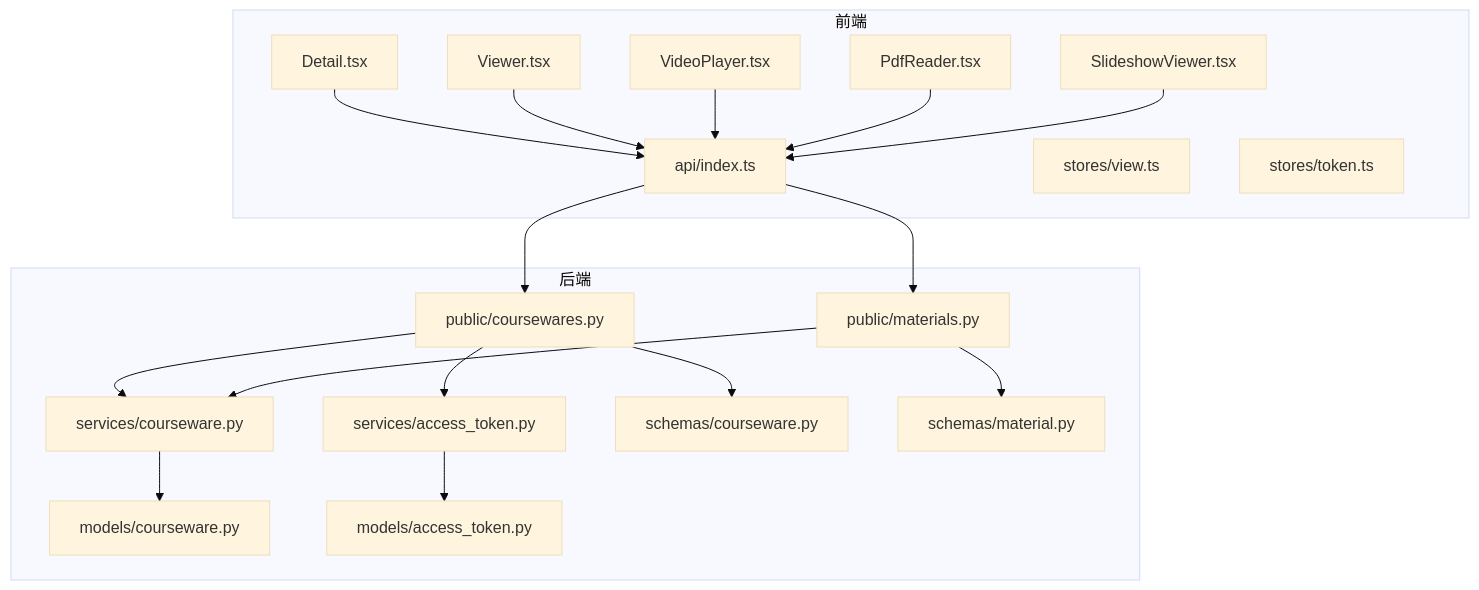
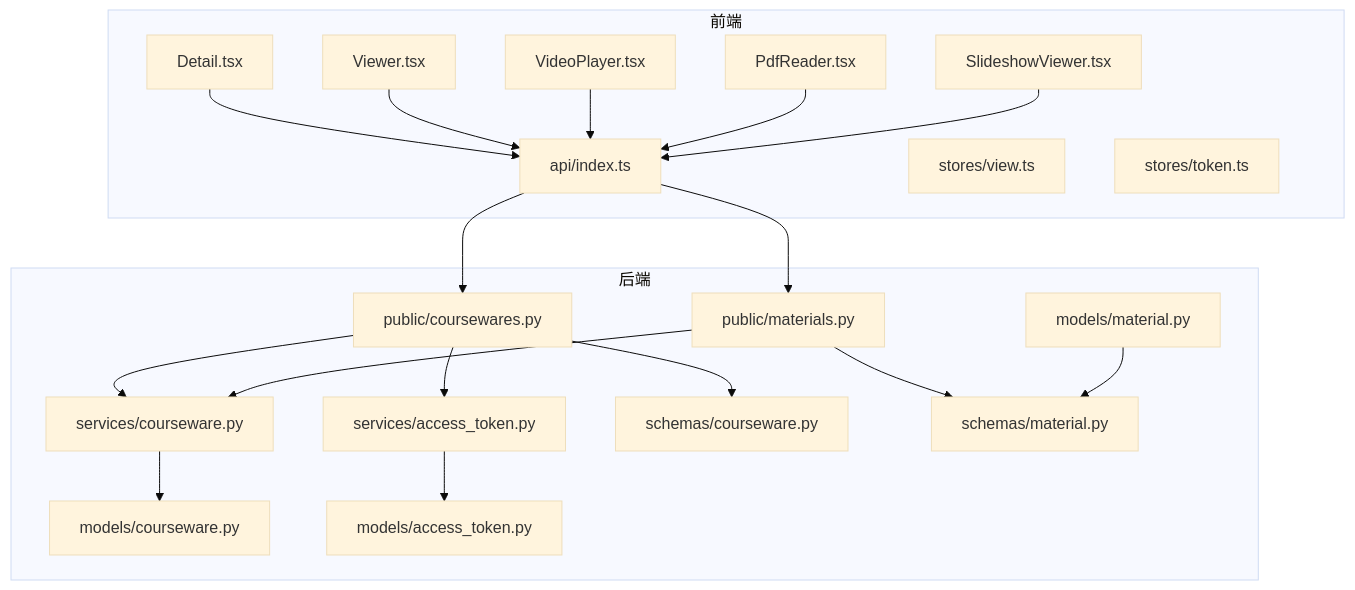
One commit to leo21cn/ai-learning-hub changed the first of 6 diagrams in .qoder/repowiki/zh/content/前端开发指南/页面开发/前台页面开发/课件详情页面.md. Above: the diagram before and after it, drawn with Mermaid (base theme). The commit also changed other lines of this file and 41 other files, not shown here.

````diff
--- a/.qoder/repowiki/zh/content/前端开发指南/页面开发/前台页面开发/课件详情页面.md
+++ b/.qoder/repowiki/zh/content/前端开发指南/页面开发/前台页面开发/课件详情页面.md
@@ -60,37 +69,39 @@
 ```mermaid
 graph TB
 subgraph "前端"
 D["Detail.tsx"]
 V["Viewer.tsx"]
 VP["VideoPlayer.tsx"]
 PR["PdfReader.tsx"]
 SV["SlideshowViewer.tsx"]
 API["api/index.ts"]
 VIEW["stores/view.ts"]
 TOK["stores/token.ts"]
 end
 subgraph "后端"
 C_API["public/coursewares.py"]
 M_API["public/materials.py"]
 C_SVC["services/courseware.py"]
 T_SVC["services/access_token.py"]
 C_MODEL["models/courseware.py"]
 T_MODEL["models/access_token.py"]
 C_SCHEMA["schemas/courseware.py"]
 M_SCHEMA["schemas/material.py"]
+M_MODEL["models/material.py"]
 end
 D --> API
 V --> API
 VP --> API
 PR --> API
 SV --> API
 API --> C_API
 API --> M_API
 C_API --> C_SVC
 C_API --> T_SVC
 M_API --> C_SVC
 C_SVC --> C_MODEL
 T_SVC --> T_MODEL
 C_API --> C_SCHEMA
 M_API --> M_SCHEMA
+M_MODEL --> M_SCHEMA
 ```
````
